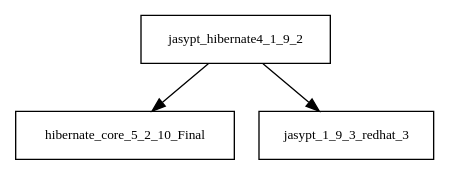
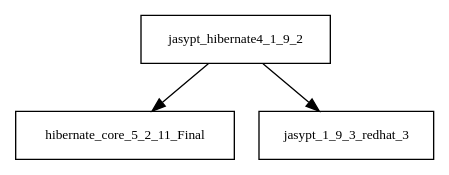
The diagram in tattleTaleReport/graphviz/jasypt-hibernate4-1.9.2.jar/jasypt-hibernate4-1.9.2.jar.dot (AglaianWoman/cia), drawn with Graphviz before and after one commit. The commit also changed 3333 other files, not shown here.

```diff
--- a/tattleTaleReport/graphviz/jasypt-hibernate4-1.9.2.jar/jasypt-hibernate4-1.9.2.jar.dot
+++ b/tattleTaleReport/graphviz/jasypt-hibernate4-1.9.2.jar/jasypt-hibernate4-1.9.2.jar.dot
@@ -1,5 +1,5 @@
 digraph jasypt_hibernate4_1_9_2_dependencies {
   node [shape = box, fontsize=10.0];
-  jasypt_hibernate4_1_9_2 -> hibernate_core_5_2_10_Final;
+  jasypt_hibernate4_1_9_2 -> hibernate_core_5_2_11_Final;
   jasypt_hibernate4_1_9_2 -> jasypt_1_9_3_redhat_3;
 }
```
